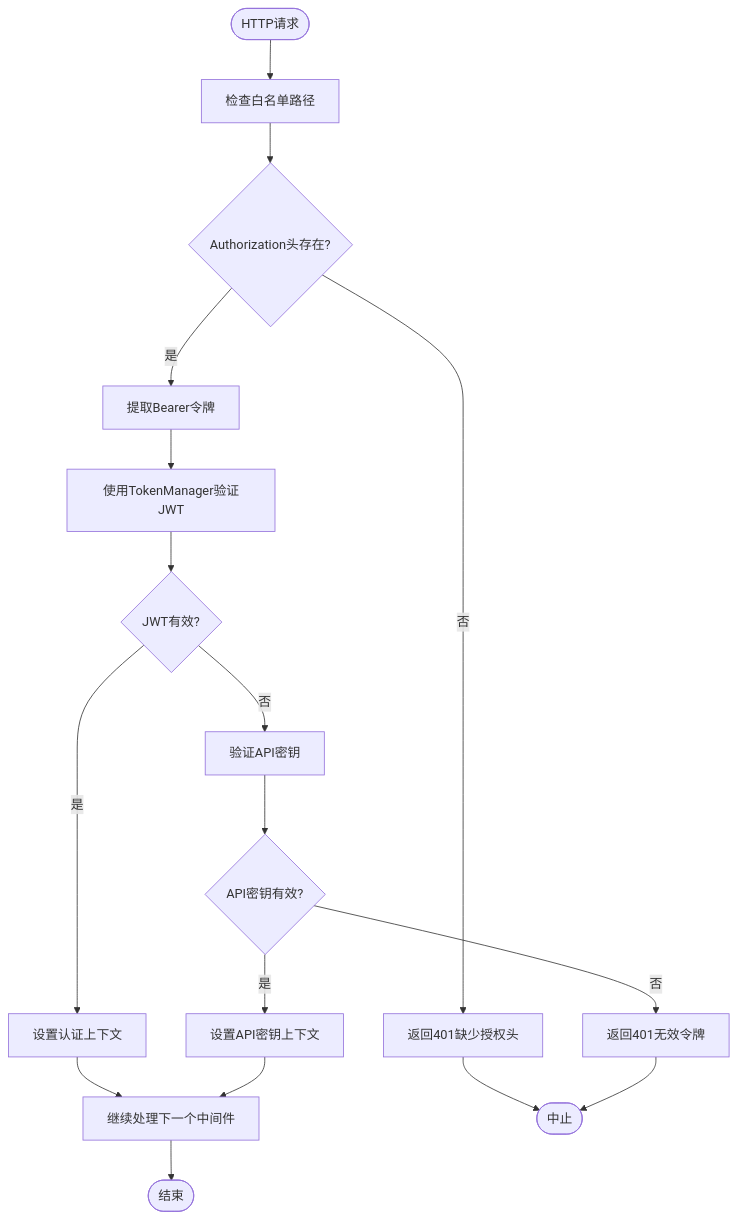
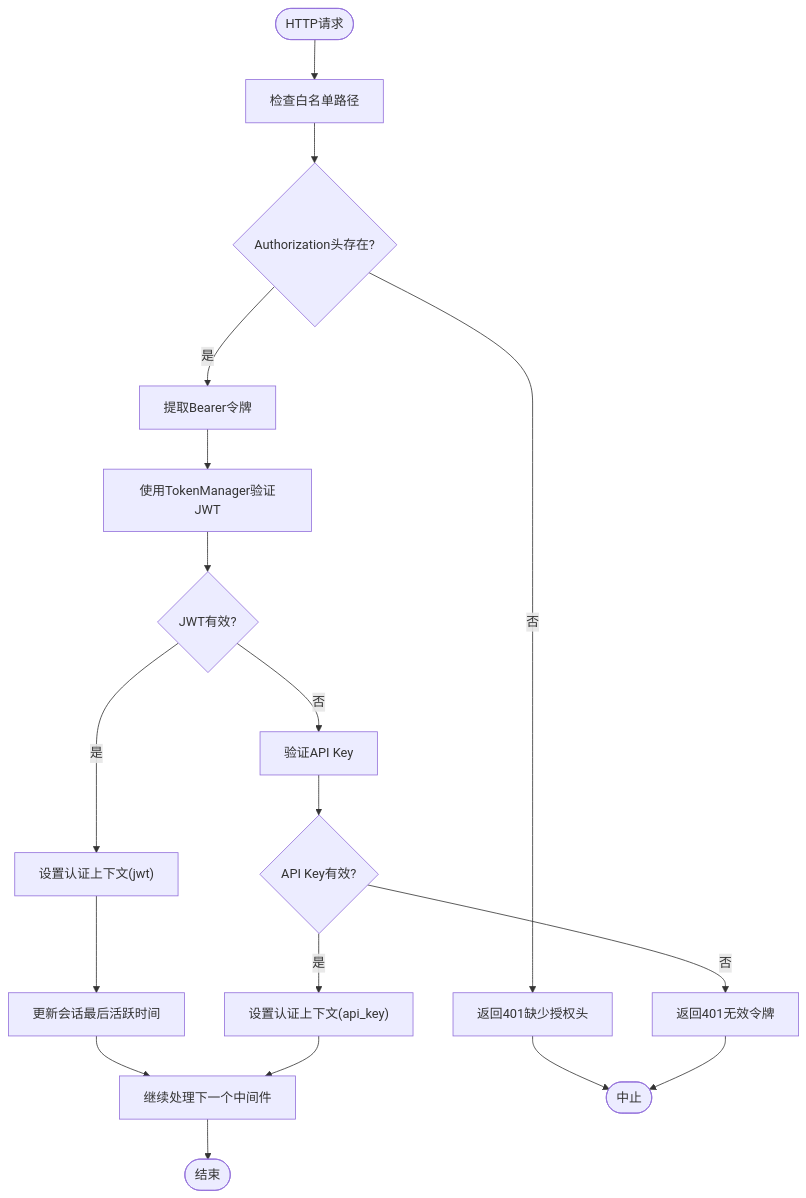
The sixth of 8 diagrams in docs/安全机制/JWT 认证机制.md (x01n/My-OpenWaf), drawn with Mermaid before and after one commit. The commit also changed other lines of this file and 199 other files, not shown here.

````diff
--- a/docs/安全机制/JWT 认证机制.md
+++ b/docs/安全机制/JWT 认证机制.md
@@ -258,19 +225,20 @@
 ```mermaid
 flowchart TD
-Start([HTTP请求]) --> CheckWhitelist["检查白名单路径"]
+Start(["HTTP请求"]) --> CheckWhitelist["检查白名单路径"]
 CheckWhitelist --> HeaderPresent{"Authorization头存在?"}
 HeaderPresent --> |否| MissingHeader["返回401缺少授权头"]
 HeaderPresent --> |是| ExtractToken["提取Bearer令牌"]
 ExtractToken --> VerifyJWT["使用TokenManager验证JWT"]
 VerifyJWT --> JWTValid{"JWT有效?"}
-JWTValid --> |是| SetAuthCtx["设置认证上下文"]
-JWTValid --> |否| VerifyAPIKey["验证API密钥"]
-VerifyAPIKey --> APIKeyValid{"API密钥有效?"}
-APIKeyValid --> |是| SetAPIKeyCtx["设置API密钥上下文"]
+JWTValid --> |是| SetAuthCtx["设置认证上下文(jwt)"]
+SetAuthCtx --> UpdateSession["更新会话最后活跃时间"]
+UpdateSession --> Next["继续处理下一个中间件"]
+JWTValid --> |否| VerifyAPIKey["验证API Key"]
+VerifyAPIKey --> APIKeyValid{"API Key有效?"}
+APIKeyValid --> |是| SetAPIKeyCtx["设置认证上下文(api_key)"]
+SetAPIKeyCtx --> Next
 APIKeyValid --> |否| InvalidToken["返回401无效令牌"]
-SetAuthCtx --> Next["继续处理下一个中间件"]
-SetAPIKeyCtx --> Next
-MissingHeader --> Abort([中止])
+MissingHeader --> Abort(["中止"])
 InvalidToken --> Abort
-Next --> End([结束])
+Next --> End(["结束"])
 ```
````
